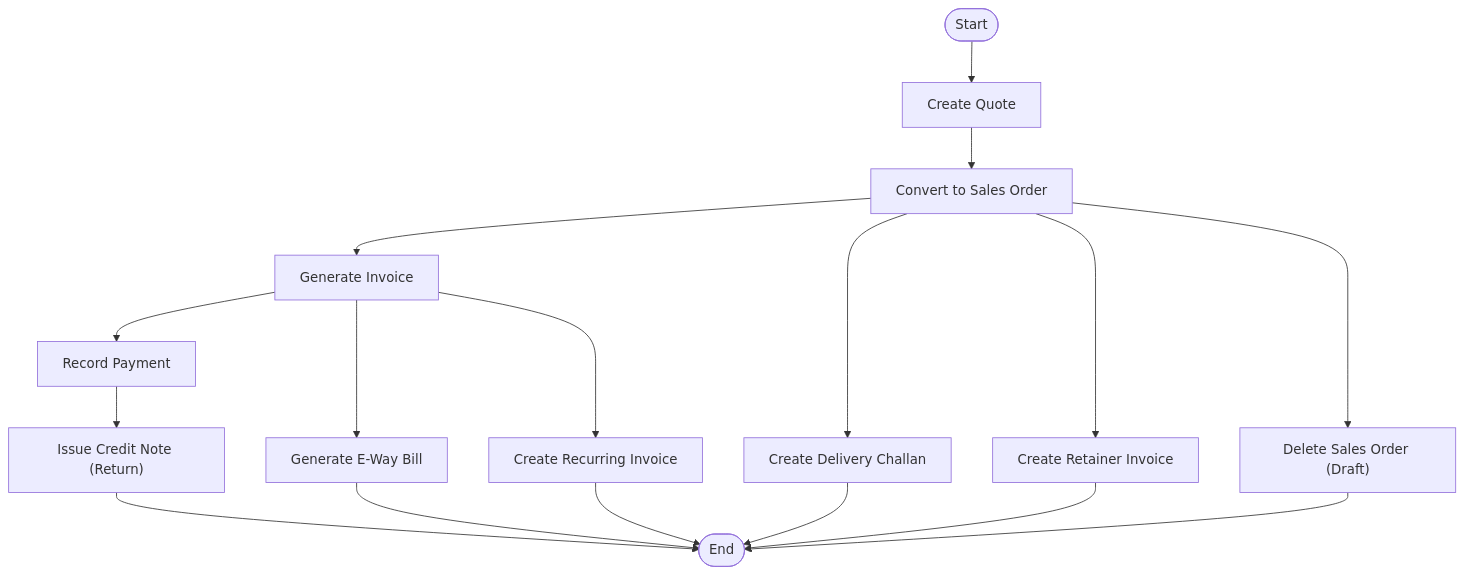
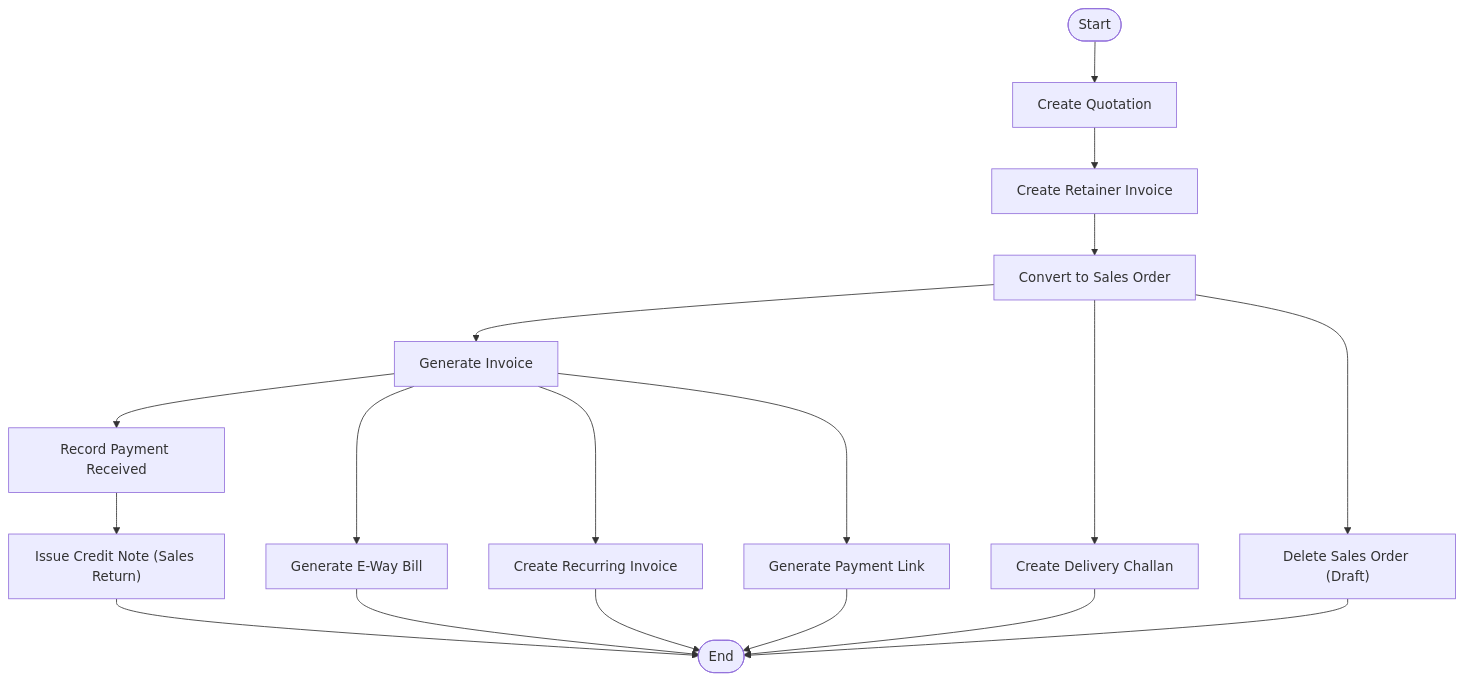
One commit to ARUNTHOMAS3/trans changed the third of 12 diagrams in repowiki/en/content/Project Overview/Core Features/Sales Operations/Sales Operations.md. Above: the diagram before and after it, drawn with Mermaid. The commit also changed other lines of this file and 1490 other files, not shown here.

Commit message:
feat: resolve dynamic branch/org email, CGST/SGST/IGST, and link sales order

````diff
--- a/repowiki/en/content/Project Overview/Core Features/Sales Operations/Sales Operations.md
+++ b/repowiki/en/content/Project Overview/Core Features/Sales Operations/Sales Operations.md
@@ -186,19 +186,20 @@
 ```mermaid
 flowchart TD
-Start(["Start"]) --> Quote["Create Quote"]
-Quote --> SO["Convert to Sales Order"]
+Start(["Start"]) --> Quote["Create Quotation"]
+Quote --> RET["Create Retainer Invoice"]
+RET --> SO["Convert to Sales Order"]
 SO --> INV["Generate Invoice"]
-INV --> PAY["Record Payment"]
-PAY --> CN["Issue Credit Note (Return)"]
+INV --> PAY["Record Payment Received"]
+PAY --> CN["Issue Credit Note (Sales Return)"]
 SO --> CHALLAN["Create Delivery Challan"]
 INV --> EWB["Generate E-Way Bill"]
-SO --> RET["Create Retainer Invoice"]
 INV --> REC["Create Recurring Invoice"]
+INV --> LINK["Generate Payment Link"]
 SO --> DEL["Delete Sales Order (Draft)"]
 CN --> End(["End"])
 CHALLAN --> End
 EWB --> End
-RET --> End
 REC --> End
+LINK --> End
 DEL --> End
 ```
````
